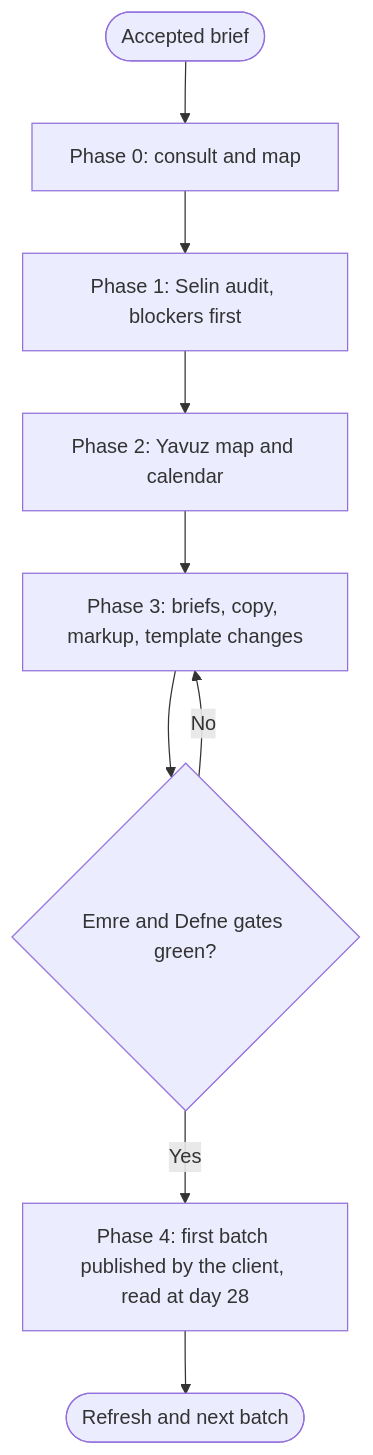
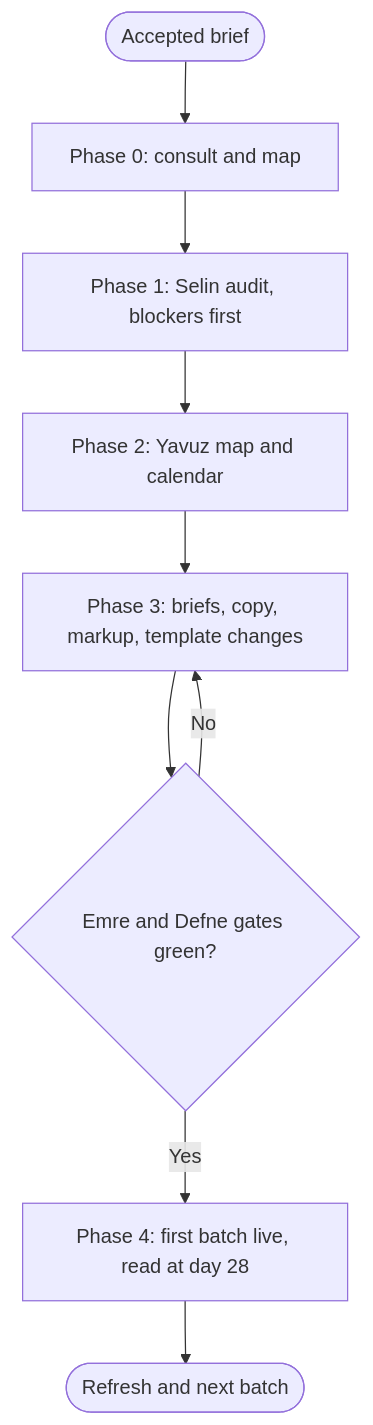
The diagram in registry/skills/workflow-agency-seo-content-engine/SKILL.md (NeoAnthropocene/agents-united), drawn with Mermaid before and after one commit. The commit also changed other lines of this file and 3 other files, not shown here.

````diff
--- a/registry/skills/workflow-agency-seo-content-engine/SKILL.md
+++ b/registry/skills/workflow-agency-seo-content-engine/SKILL.md
@@ -25,11 +25,11 @@
 ```mermaid
 graph TD
     B([Accepted brief]) --> P0[Phase 0: consult and map]
     P0 --> P1[Phase 1: Selin audit, blockers first]
     P1 --> P2[Phase 2: Yavuz map and calendar]
     P2 --> P3[Phase 3: briefs, copy, markup, template changes]
     P3 --> G{Emre and Defne gates green?}
     G -->|No| P3
-    G -->|Yes| P4[Phase 4: first batch published by the client, read at day 28]
+    G -->|Yes| P4[Phase 4: first batch live, read at day 28]
     P4 --> Done([Refresh and next batch])
 ```
````
